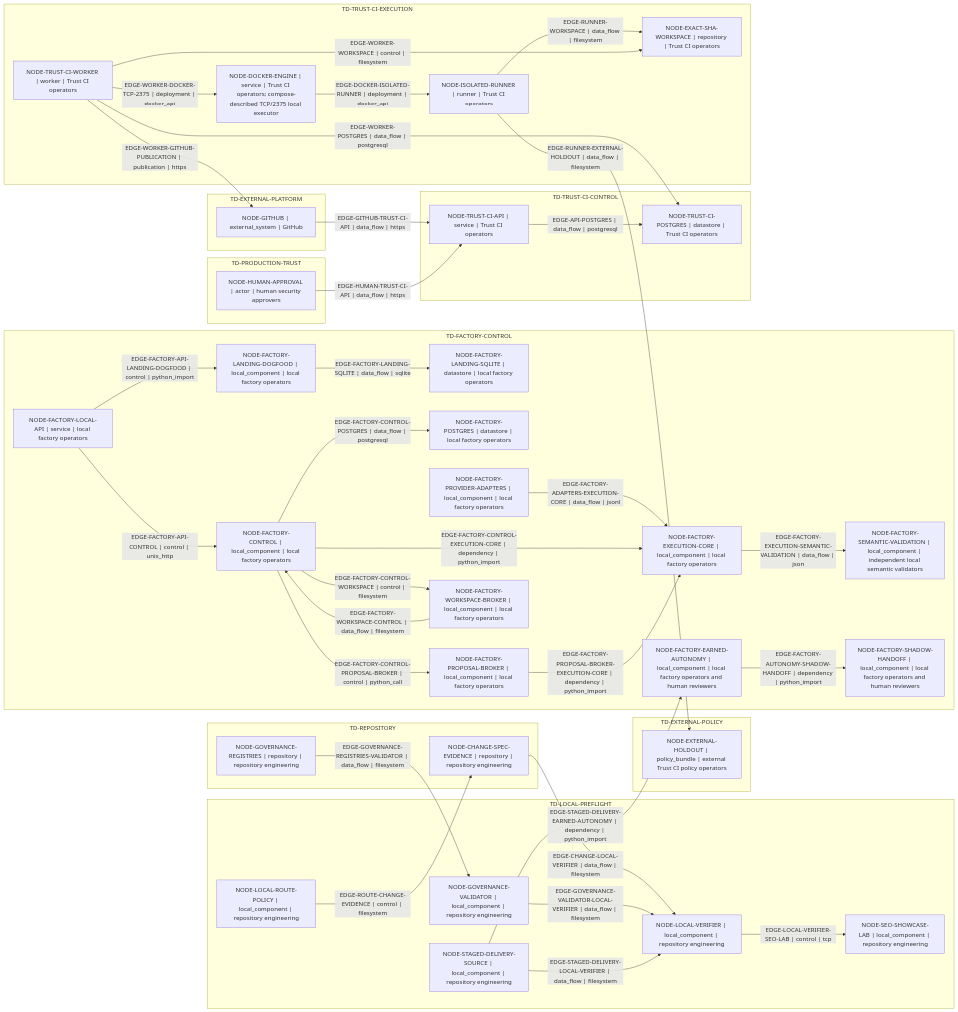
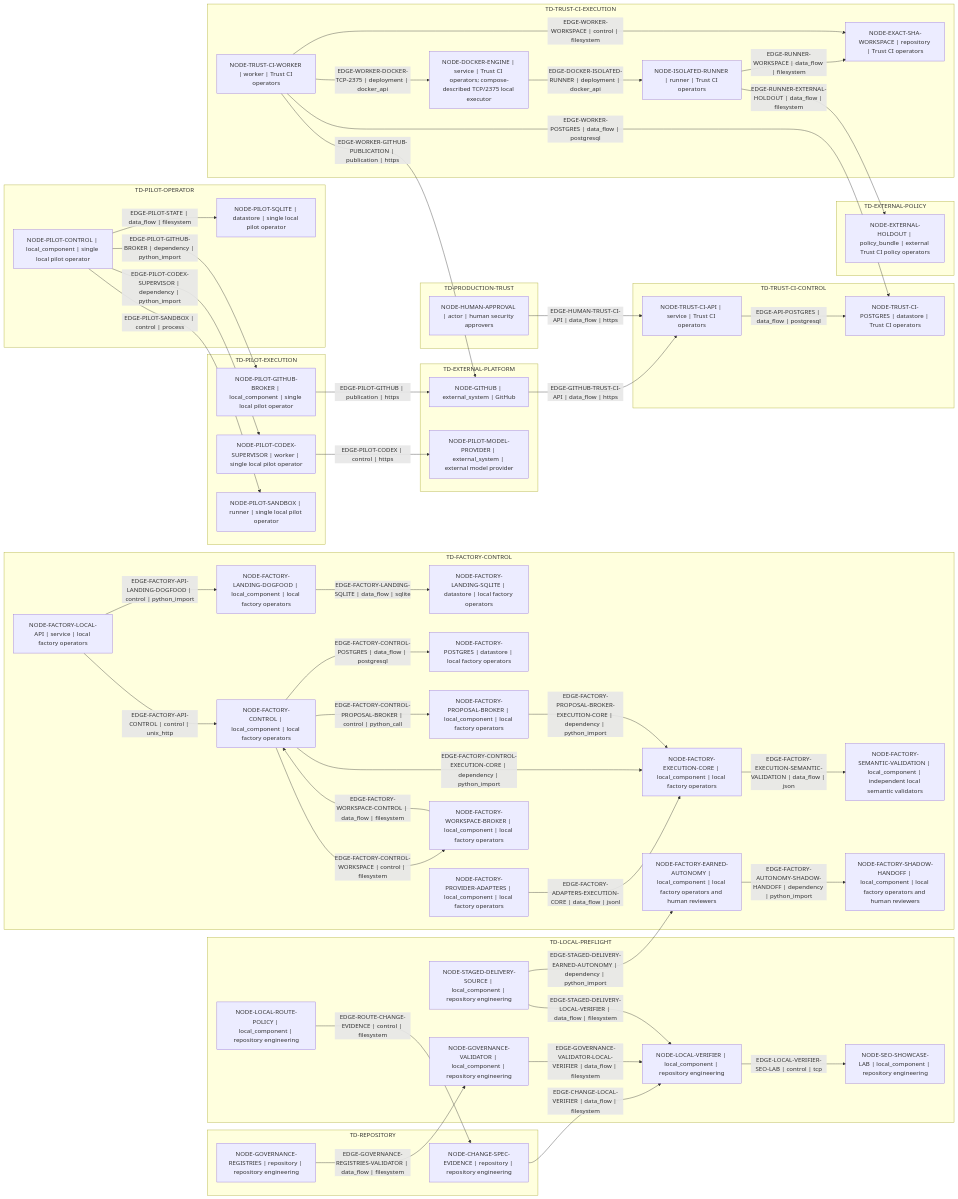
Before and after one commit to Dimkox/adaptive-grok-build-pro: the diagram in architecture/generated/trust-boundary.mmd, drawn with Mermaid. The commit also changed 44 other files, not shown here.

```diff
--- a/architecture/generated/trust-boundary.mmd
+++ b/architecture/generated/trust-boundary.mmd
@@ -1,74 +1,90 @@
 flowchart LR
   subgraph domain_96fb748595c57dce["TD-EXTERNAL-PLATFORM"]
     node_8b8a8cd21b180532["NODE-GITHUB | external_system | GitHub"]
+    node_69f0245ef987c48b["NODE-PILOT-MODEL-PROVIDER | external_system | external model provider"]
   end
   subgraph domain_ece8d94ff661d9fb["TD-EXTERNAL-POLICY"]
     node_0a0fe2f046a648e9["NODE-EXTERNAL-HOLDOUT | policy_bundle | external Trust CI policy operators"]
   end
   subgraph domain_c4152908c77524f2["TD-FACTORY-CONTROL"]
     node_a6c166e55f8e1784["NODE-FACTORY-CONTROL | local_component | local factory operators"]
     node_379217d10ea012c3["NODE-FACTORY-EARNED-AUTONOMY | local_component | local factory operators and human reviewers"]
     node_0a087cfaed95a8ad["NODE-FACTORY-EXECUTION-CORE | local_component | local factory operators"]
     node_340c6123d4df34df["NODE-FACTORY-LANDING-DOGFOOD | local_component | local factory operators"]
     node_7c8192807445a8a6["NODE-FACTORY-LANDING-SQLITE | datastore | local factory operators"]
     node_93915052ae8a2e67["NODE-FACTORY-LOCAL-API | service | local factory operators"]
     node_a77de286f8308fd4["NODE-FACTORY-POSTGRES | datastore | local factory operators"]
     node_21b552fdfa11f1c2["NODE-FACTORY-PROPOSAL-BROKER | local_component | local factory operators"]
     node_fae11f6a95d982dc["NODE-FACTORY-PROVIDER-ADAPTERS | local_component | local factory operators"]
     node_c10acb5d92ad0ee0["NODE-FACTORY-SEMANTIC-VALIDATION | local_component | independent local semantic validators"]
     node_c3bf47ff1c652923["NODE-FACTORY-SHADOW-HANDOFF | local_component | local factory operators and human reviewers"]
     node_23f89cd7152cc030["NODE-FACTORY-WORKSPACE-BROKER | local_component | local factory operators"]
   end
   subgraph domain_fa5ae843eb45e375["TD-LOCAL-PREFLIGHT"]
     node_23677f8757246623["NODE-GOVERNANCE-VALIDATOR | local_component | repository engineering"]
     node_770cf3a1783e8525["NODE-LOCAL-ROUTE-POLICY | local_component | repository engineering"]
     node_23bed8fcbfc79861["NODE-LOCAL-VERIFIER | local_component | repository engineering"]
     node_d4421144c1dd4abe["NODE-SEO-SHOWCASE-LAB | local_component | repository engineering"]
     node_e1da543fa66b0086["NODE-STAGED-DELIVERY-SOURCE | local_component | repository engineering"]
+  end
+  subgraph domain_ecfc7e3b9c85919c["TD-PILOT-EXECUTION"]
+    node_22df40caedcff532["NODE-PILOT-CODEX-SUPERVISOR | worker | single local pilot operator"]
+    node_c439f662476a4d4b["NODE-PILOT-GITHUB-BROKER | local_component | single local pilot operator"]
+    node_dd1c01e42bec9cba["NODE-PILOT-SANDBOX | runner | single local pilot operator"]
+  end
+  subgraph domain_29ad83586d8fa0ed["TD-PILOT-OPERATOR"]
+    node_fd325b0205e2e68b["NODE-PILOT-CONTROL | local_component | single local pilot operator"]
+    node_814a7fe70af9f16d["NODE-PILOT-SQLITE | datastore | single local pilot operator"]
   end
   subgraph domain_93c532f149d3e2d5["TD-PRODUCTION-TRUST"]
     node_e4e37173e410ad23["NODE-HUMAN-APPROVAL | actor | human security approvers"]
   end
   subgraph domain_734c10023f9857a2["TD-REPOSITORY"]
     node_8938bd3db1932751["NODE-CHANGE-SPEC-EVIDENCE | repository | repository engineering"]
     node_dfd1104494c6ab8f["NODE-GOVERNANCE-REGISTRIES | repository | repository engineering"]
   end
   subgraph domain_7f80d82d053144ab["TD-TRUST-CI-CONTROL"]
     node_d0e570b2fbe52f98["NODE-TRUST-CI-API | service | Trust CI operators"]
     node_1a6c7efb2d08591b["NODE-TRUST-CI-POSTGRES | datastore | Trust CI operators"]
   end
   subgraph domain_65e7aeb3bb37c460["TD-TRUST-CI-EXECUTION"]
     node_4e78270f61d78ed8["NODE-DOCKER-ENGINE | service | Trust CI operators; compose-described TCP/2375 local executor"]
     node_2e8a7072de3f3743["NODE-EXACT-SHA-WORKSPACE | repository | Trust CI operators"]
     node_1c3a10ba26a8e80d["NODE-ISOLATED-RUNNER | runner | Trust CI operators"]
     node_070dda93443dcc1f["NODE-TRUST-CI-WORKER | worker | Trust CI operators"]
   end
   node_d0e570b2fbe52f98 -->|"EDGE-API-POSTGRES | data_flow | postgresql"| node_1a6c7efb2d08591b
   node_8938bd3db1932751 -->|"EDGE-CHANGE-LOCAL-VERIFIER | data_flow | filesystem"| node_23bed8fcbfc79861
   node_4e78270f61d78ed8 -->|"EDGE-DOCKER-ISOLATED-RUNNER | deployment | docker_api"| node_1c3a10ba26a8e80d
   node_fae11f6a95d982dc -->|"EDGE-FACTORY-ADAPTERS-EXECUTION-CORE | data_flow | jsonl"| node_0a087cfaed95a8ad
   node_93915052ae8a2e67 -->|"EDGE-FACTORY-API-CONTROL | control | unix_http"| node_a6c166e55f8e1784
   node_93915052ae8a2e67 -->|"EDGE-FACTORY-API-LANDING-DOGFOOD | control | python_import"| node_340c6123d4df34df
   node_379217d10ea012c3 -->|"EDGE-FACTORY-AUTONOMY-SHADOW-HANDOFF | dependency | python_import"| node_c3bf47ff1c652923
   node_a6c166e55f8e1784 -->|"EDGE-FACTORY-CONTROL-EXECUTION-CORE | dependency | python_import"| node_0a087cfaed95a8ad
   node_a6c166e55f8e1784 -->|"EDGE-FACTORY-CONTROL-POSTGRES | data_flow | postgresql"| node_a77de286f8308fd4
   node_a6c166e55f8e1784 -->|"EDGE-FACTORY-CONTROL-PROPOSAL-BROKER | control | python_call"| node_21b552fdfa11f1c2
   node_a6c166e55f8e1784 -->|"EDGE-FACTORY-CONTROL-WORKSPACE | control | filesystem"| node_23f89cd7152cc030
   node_0a087cfaed95a8ad -->|"EDGE-FACTORY-EXECUTION-SEMANTIC-VALIDATION | data_flow | json"| node_c10acb5d92ad0ee0
   node_340c6123d4df34df -->|"EDGE-FACTORY-LANDING-SQLITE | data_flow | sqlite"| node_7c8192807445a8a6
   node_21b552fdfa11f1c2 -->|"EDGE-FACTORY-PROPOSAL-BROKER-EXECUTION-CORE | dependency | python_import"| node_0a087cfaed95a8ad
   node_23f89cd7152cc030 -->|"EDGE-FACTORY-WORKSPACE-CONTROL | data_flow | filesystem"| node_a6c166e55f8e1784
   node_8b8a8cd21b180532 -->|"EDGE-GITHUB-TRUST-CI-API | data_flow | https"| node_d0e570b2fbe52f98
   node_dfd1104494c6ab8f -->|"EDGE-GOVERNANCE-REGISTRIES-VALIDATOR | data_flow | filesystem"| node_23677f8757246623
   node_23677f8757246623 -->|"EDGE-GOVERNANCE-VALIDATOR-LOCAL-VERIFIER | data_flow | filesystem"| node_23bed8fcbfc79861
   node_e4e37173e410ad23 -->|"EDGE-HUMAN-TRUST-CI-API | data_flow | https"| node_d0e570b2fbe52f98
   node_23bed8fcbfc79861 -->|"EDGE-LOCAL-VERIFIER-SEO-LAB | control | tcp"| node_d4421144c1dd4abe
+  node_22df40caedcff532 -->|"EDGE-PILOT-CODEX | control | https"| node_69f0245ef987c48b
+  node_fd325b0205e2e68b -->|"EDGE-PILOT-CODEX-SUPERVISOR | dependency | python_import"| node_22df40caedcff532
+  node_c439f662476a4d4b -->|"EDGE-PILOT-GITHUB | publication | https"| node_8b8a8cd21b180532
+  node_fd325b0205e2e68b -->|"EDGE-PILOT-GITHUB-BROKER | dependency | python_import"| node_c439f662476a4d4b
+  node_fd325b0205e2e68b -->|"EDGE-PILOT-SANDBOX | control | process"| node_dd1c01e42bec9cba
+  node_fd325b0205e2e68b -->|"EDGE-PILOT-STATE | data_flow | filesystem"| node_814a7fe70af9f16d
   node_770cf3a1783e8525 -->|"EDGE-ROUTE-CHANGE-EVIDENCE | control | filesystem"| node_8938bd3db1932751
   node_1c3a10ba26a8e80d -->|"EDGE-RUNNER-EXTERNAL-HOLDOUT | data_flow | filesystem"| node_0a0fe2f046a648e9
   node_1c3a10ba26a8e80d -->|"EDGE-RUNNER-WORKSPACE | data_flow | filesystem"| node_2e8a7072de3f3743
   node_e1da543fa66b0086 -->|"EDGE-STAGED-DELIVERY-EARNED-AUTONOMY | dependency | python_import"| node_379217d10ea012c3
   node_e1da543fa66b0086 -->|"EDGE-STAGED-DELIVERY-LOCAL-VERIFIER | data_flow | filesystem"| node_23bed8fcbfc79861
   node_070dda93443dcc1f -->|"EDGE-WORKER-DOCKER-TCP-2375 | deployment | docker_api"| node_4e78270f61d78ed8
   node_070dda93443dcc1f -->|"EDGE-WORKER-GITHUB-PUBLICATION | publication | https"| node_8b8a8cd21b180532
   node_070dda93443dcc1f -->|"EDGE-WORKER-POSTGRES | data_flow | postgresql"| node_1a6c7efb2d08591b
   node_070dda93443dcc1f -->|"EDGE-WORKER-WORKSPACE | control | filesystem"| node_2e8a7072de3f3743
```
